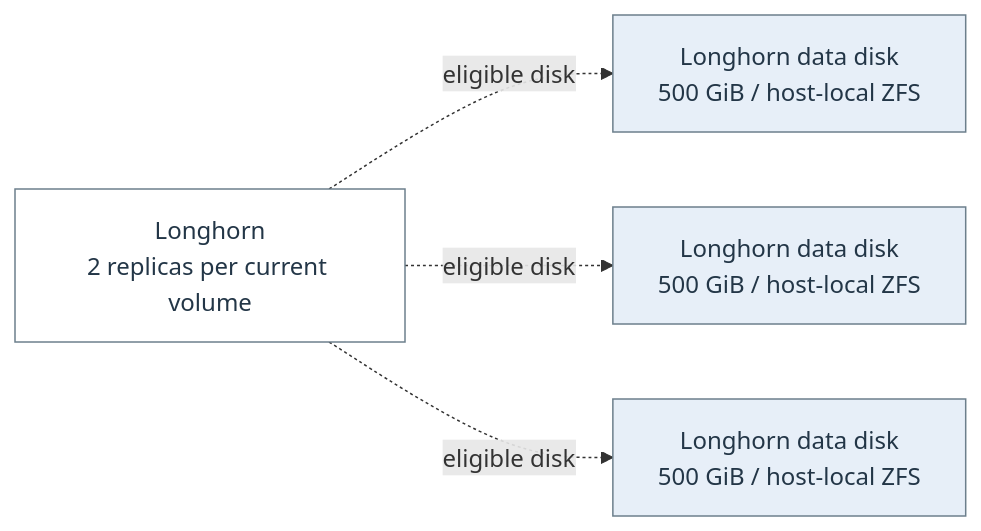
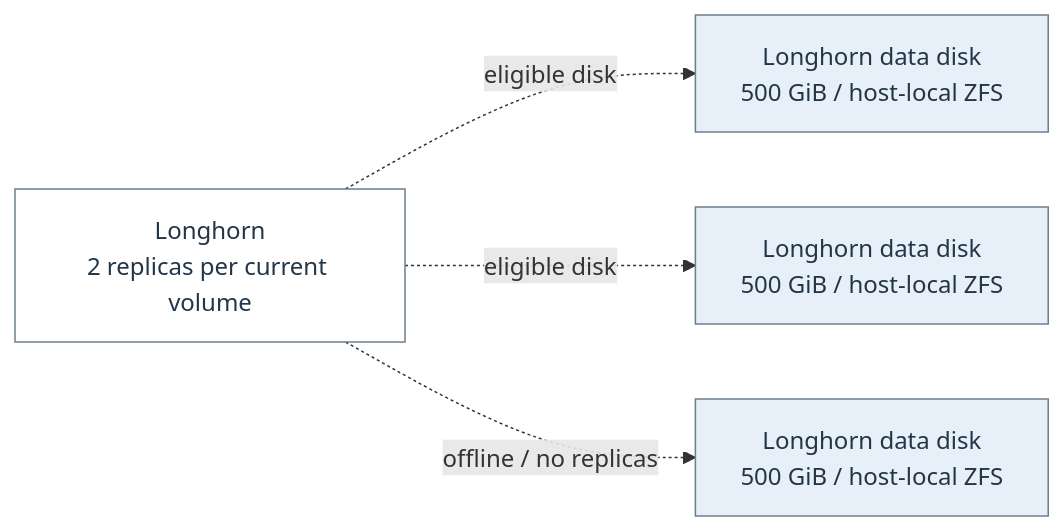
One commit to Harsh-2002/Homelab changed diagram 22 of 22 in docs/architecture/homelab-mermaid.md. Above: the diagram before and after it, drawn with Mermaid. The commit also changed other lines of this file and 27 other files, not shown here.

````diff
--- a/docs/architecture/homelab-mermaid.md
+++ b/docs/architecture/homelab-mermaid.md
@@ -620,14 +620,14 @@
 ```mermaid
 flowchart LR
   n_flow_19_0["Longhorn<br/>2 replicas per current volume"]
   n_flow_19_1["Longhorn data disk<br/>500 GiB / host-local ZFS"]
   n_flow_19_2["Longhorn data disk<br/>500 GiB / host-local ZFS"]
   n_flow_19_3["Longhorn data disk<br/>500 GiB / host-local ZFS"]
   n_flow_19_0 -.->|"eligible disk"| n_flow_19_1
   n_flow_19_0 -.->|"eligible disk"| n_flow_19_2
-  n_flow_19_0 -.->|"eligible disk"| n_flow_19_3
+  n_flow_19_0 -.->|"offline / no replicas"| n_flow_19_3
   classDef c_flow_19_0 fill:#ffffff,stroke:#6c7f8c,color:#233647;
   class n_flow_19_0 c_flow_19_0;
   classDef c_flow_19_1 fill:#e7eff8,stroke:#6c7f8c,color:#233647;
   class n_flow_19_1,n_flow_19_2,n_flow_19_3 c_flow_19_1;
 ```
````
